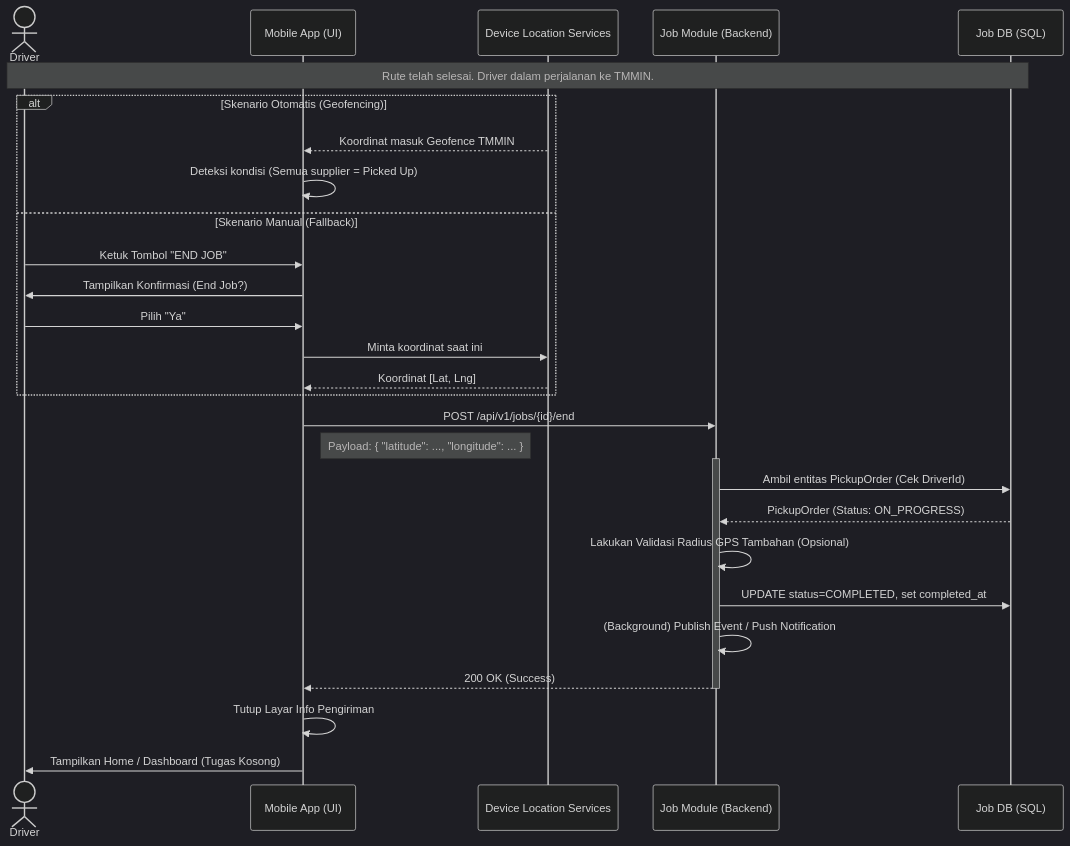
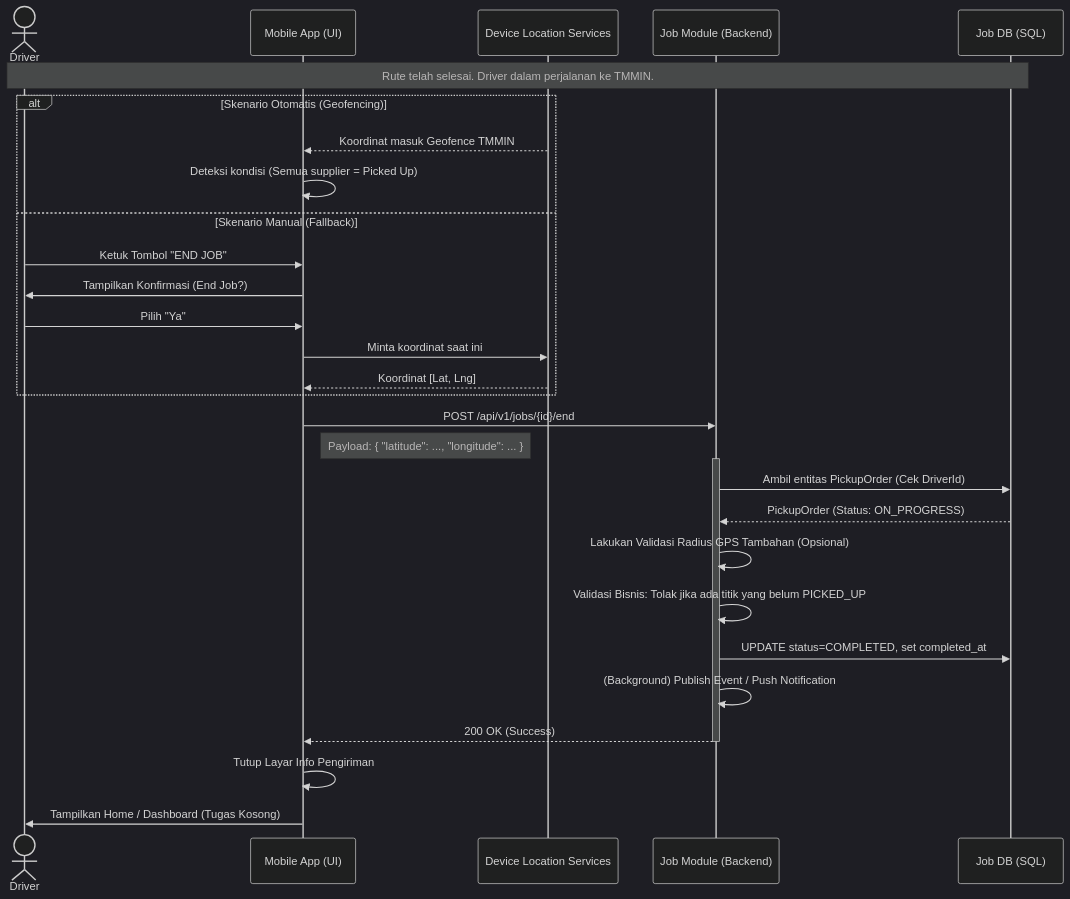
One commit to odealidj/minione-edcl-net changed the diagram in docs/bisnis-proses/end-job.md. Above: the diagram before and after it, drawn with Mermaid (dark theme). The commit also changed 1 other file, not shown here.

Commit message:
docs: add stop status validation to end job flow

````diff
--- a/docs/bisnis-proses/end-job.md
+++ b/docs/bisnis-proses/end-job.md
@@ -45,38 +45,39 @@
 ```mermaid
 sequenceDiagram
     actor D as Driver
     participant M as Mobile App (UI)
     participant GPS as Device Location Services
     participant API as Job Module (Backend)
     participant DB as Job DB (SQL)
 
     note over D, DB: Rute telah selesai. Driver dalam perjalanan ke TMMIN.
 
     alt Skenario Otomatis (Geofencing)
         GPS-->>M: Koordinat masuk Geofence TMMIN
         M->>M: Deteksi kondisi (Semua supplier = Picked Up)
     else Skenario Manual (Fallback)
         D->>M: Ketuk Tombol "END JOB"
         M->>D: Tampilkan Konfirmasi (End Job?)
         D->>M: Pilih "Ya"
         M->>GPS: Minta koordinat saat ini
         GPS-->>M: Koordinat [Lat, Lng]
     end
 
     M->>API: POST /api/v1/jobs/{id}/end
     note right of M: Payload: { "latitude": ..., "longitude": ... }
 
     activate API
     API->>DB: Ambil entitas PickupOrder (Cek DriverId)
     DB-->>API: PickupOrder (Status: ON_PROGRESS)
 
     API->>API: Lakukan Validasi Radius GPS Tambahan (Opsional)
+    API->>API: Validasi Bisnis: Tolak jika ada titik yang belum PICKED_UP
     API->>DB: UPDATE status=COMPLETED, set completed_at
     
     API->>API: (Background) Publish Event / Push Notification
     API-->>M: 200 OK (Success)
     deactivate API
 
     M->>M: Tutup Layar Info Pengiriman
     M->>D: Tampilkan Home / Dashboard (Tugas Kosong)
 ```
````
